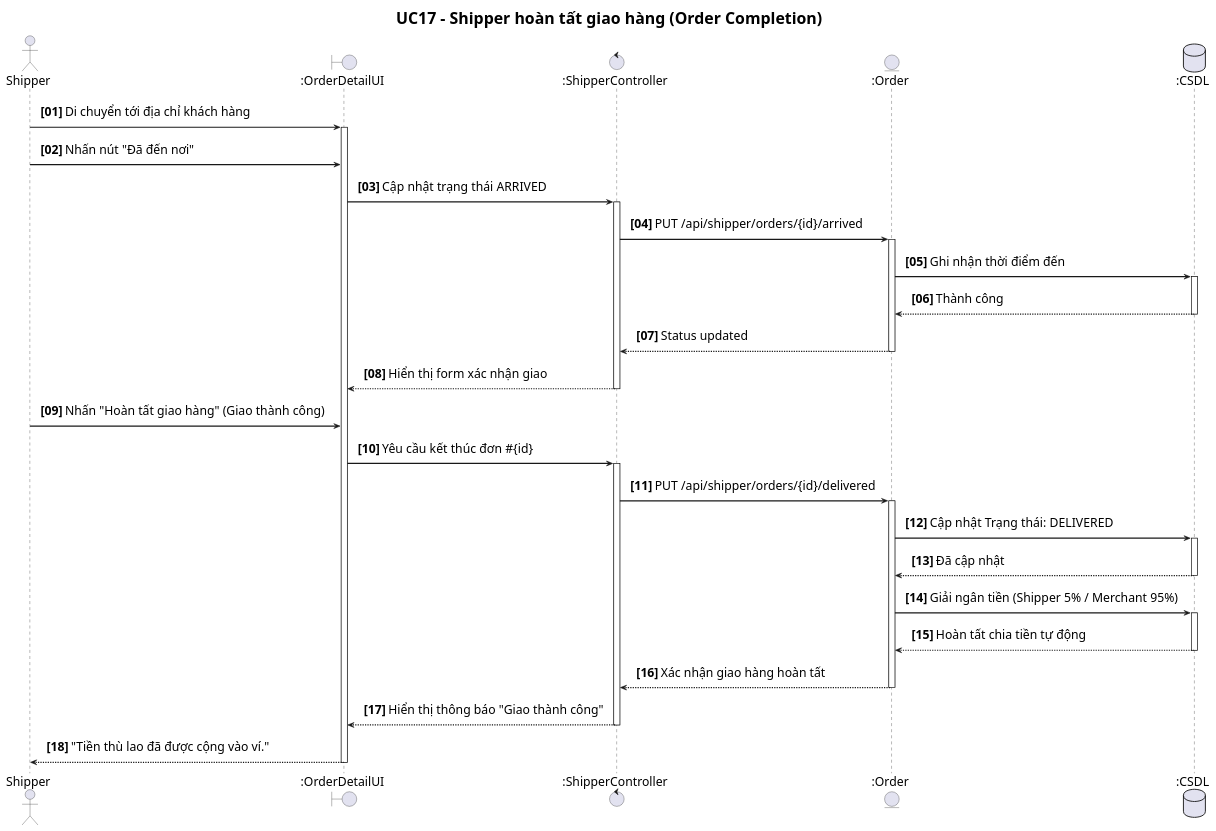
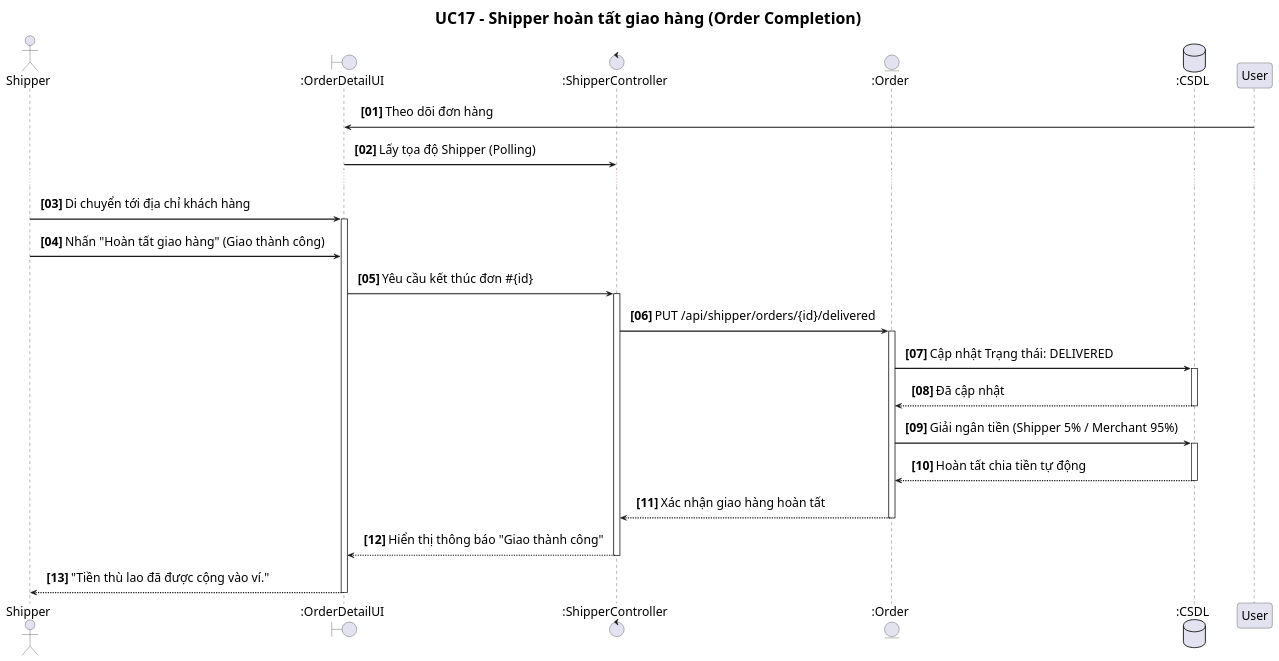
Before and after one commit to Gonztbl/DATN_FRONT-END: the diagram in front-end/src/usecaseUML/UC17_ShipperGiaoHang.puml, drawn with PlantUML. The commit also changed 40 other files, not shown here.

```diff
--- a/front-end/src/usecaseUML/UC17_ShipperGiaoHang.puml
+++ b/front-end/src/usecaseUML/UC17_ShipperGiaoHang.puml
@@ -1,70 +1,59 @@
 @startuml UC17_ShipperGiaoHang
 title UC17 - Shipper hoàn tất giao hàng (Order Completion)
 
 autonumber "<b>[00]</b>"
 skinparam sequenceArrowThickness 2
 skinparam roundcorner 10
 skinparam defaultFontSize 20
 skinparam titleFontSize 26
 skinparam sequenceFontSize 19
 skinparam sequenceMessageFontSize 20
 skinparam sequenceActorFontSize 20
 skinparam sequenceParticipantFontSize 20
 skinparam noteFontSize 18
 skinparam sequenceArrowFontSize 20
 skinparam sequence {
     ParticipantPadding 30
     LifeLinePadding 20
     MessagePadding 10
 }
 
 actor "Shipper" as SP
 boundary ":OrderDetailUI" as UI
 control ":ShipperController" as CTRL
 entity ":Order" as API
 database ":CSDL" as DB
 
+User -> UI : Theo dõi đơn hàng
+UI -> CTRL : Lấy tọa độ Shipper (Polling)
+...
 SP -> UI : Di chuyển tới địa chỉ khách hàng
 activate UI
-
-SP -> UI : Nhấn nút "Đã đến nơi"
-UI -> CTRL : Cập nhật trạng thái ARRIVED
-activate CTRL
-CTRL -> API : PUT /api/shipper/orders/{id}/arrived
-activate API
-API -> DB : Ghi nhận thời điểm đến
-activate DB
-DB --> API : Thành công
-deactivate DB
-API --> CTRL : Status updated
-deactivate API
-CTRL --> UI : Hiển thị form xác nhận giao
-deactivate CTRL
 
 SP -> UI : Nhấn "Hoàn tất giao hàng" (Giao thành công)
 UI -> CTRL : Yêu cầu kết thúc đơn #{id}
 activate CTRL
 
 CTRL -> API : PUT /api/shipper/orders/{id}/delivered
 activate API
 
 API -> DB : Cập nhật Trạng thái: DELIVERED
 activate DB
 DB --> API : Đã cập nhật
 deactivate DB
 
 API -> DB : Giải ngân tiền (Shipper 5% / Merchant 95%)
 activate DB
 DB --> API : Hoàn tất chia tiền tự động
 deactivate DB
 
 API --> CTRL : Xác nhận giao hàng hoàn tất
 deactivate API
 
 CTRL --> UI : Hiển thị thông báo "Giao thành công"
 deactivate CTRL
 
 UI --> SP : "Tiền thù lao đã được cộng vào ví."
 deactivate UI
 
 @enduml
```
